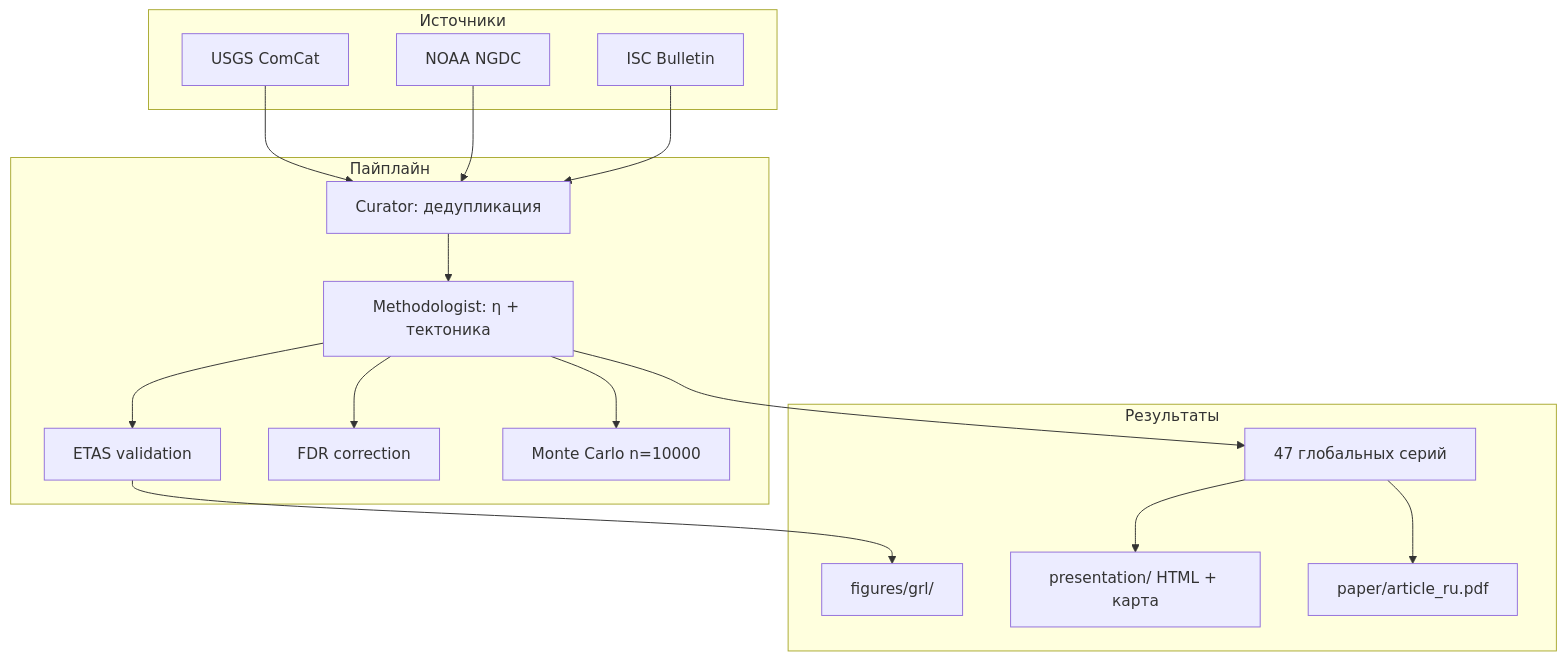
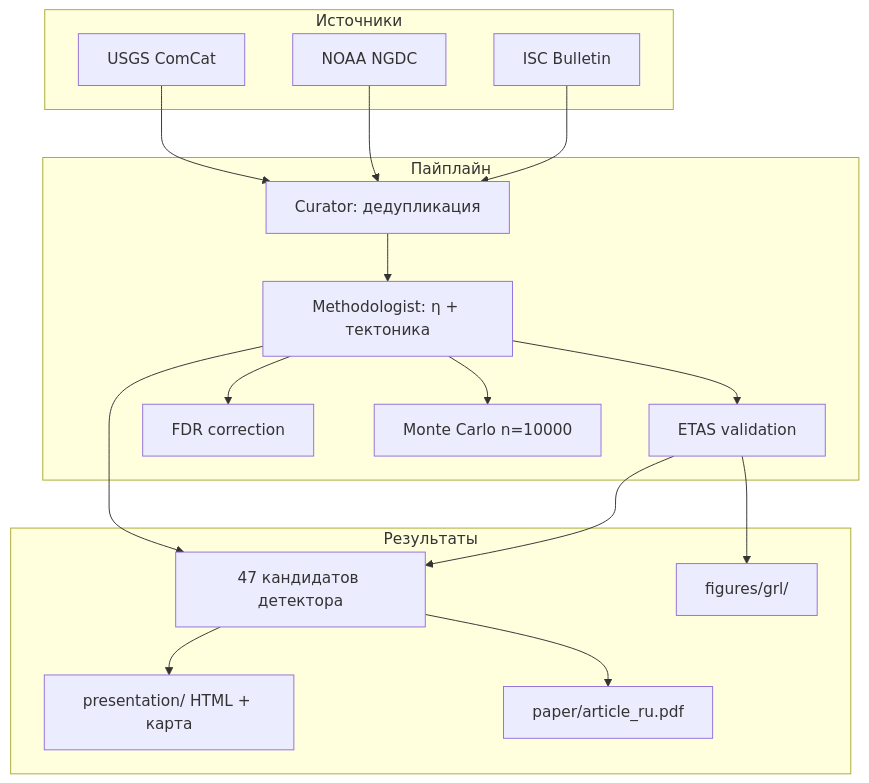
Before and after one commit to marshalkin-ux/paleoseismic-clustering: the diagram in docs/index.md, drawn with Mermaid. The commit also changed other lines of this file and 3 other files, not shown here.

````diff
--- a/docs/index.md
+++ b/docs/index.md
@@ -50,34 +52,35 @@
 ```mermaid
 flowchart TD
     subgraph Sources["Источники"]
         A1[USGS ComCat]
         A2[NOAA NGDC]
         A3[ISC Bulletin]
     end
 
     subgraph Pipeline["Пайплайн"]
         B1[Curator: дедупликация]
         B2[Methodologist: η + тектоника]
         B3[ETAS validation]
         B4[FDR correction]
         B5[Monte Carlo n=10000]
     end
 
     subgraph Output["Результаты"]
-        C1[47 глобальных серий]
+        C1[47 кандидатов детектора]
         C2[figures/grl/]
         C3[presentation/ HTML + карта]
         C4[paper/article_ru.pdf]
     end
 
     A1 --> B1
     A2 --> B1
     A3 --> B1
     B1 --> B2 --> B3
     B2 --> B4
     B2 --> B5
     B2 --> C1
+    B3 --> C1
     B3 --> C2
     C1 --> C3
     C1 --> C4
 ```
````
